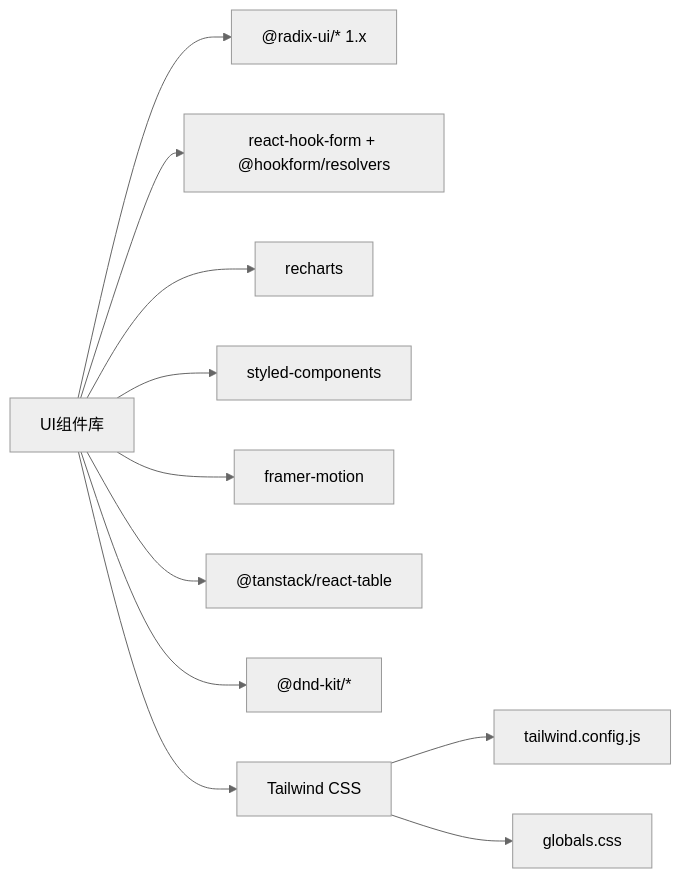
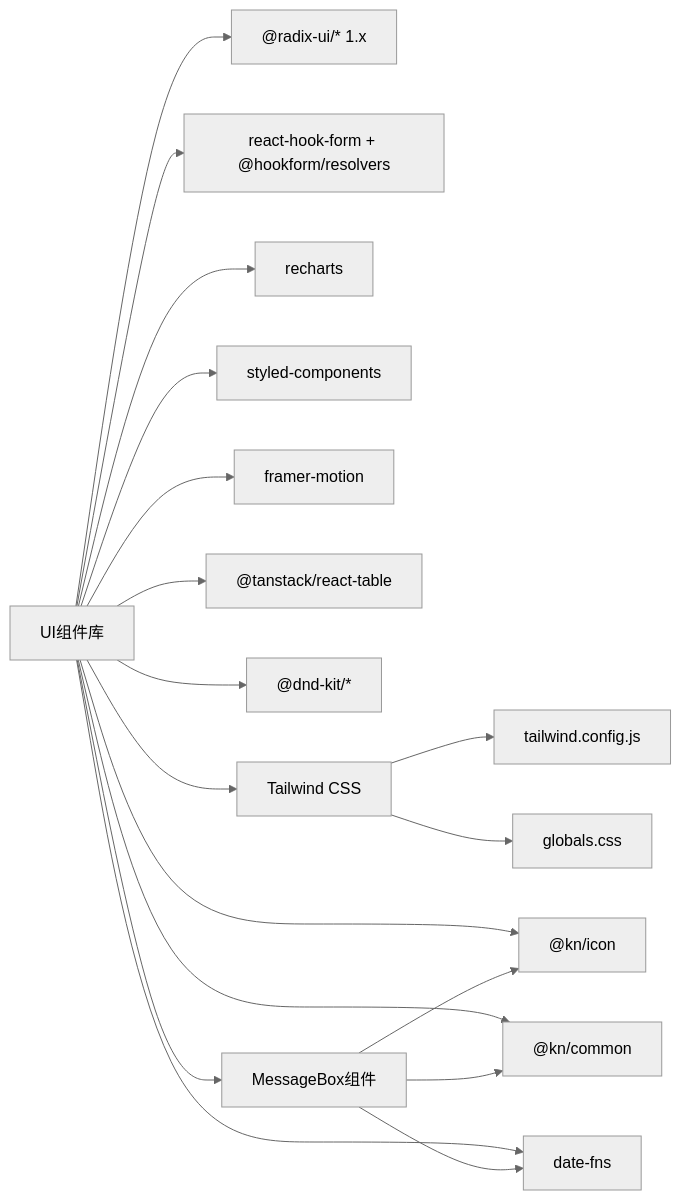
The tenth of 10 diagrams in .qoder/repowiki/zh/content/核心模块/UI组件库.md (LRF0422/Kotion), drawn with Mermaid (neutral theme) before and after one commit. The commit also changed other lines of this file and 19 other files, not shown here.

````diff
--- a/.qoder/repowiki/zh/content/核心模块/UI组件库.md
+++ b/.qoder/repowiki/zh/content/核心模块/UI组件库.md
@@ -543,13 +637,20 @@
 ```mermaid
 graph LR
 UI["UI组件库"] --> Radix["@radix-ui/* 1.x"]
 UI --> HookForm["react-hook-form + @hookform/resolvers"]
 UI --> Charts["recharts"]
 UI --> Styled["styled-components"]
 UI --> Motion["framer-motion"]
 UI --> Table["@tanstack/react-table"]
 UI --> DnDKit["@dnd-kit/*"]
 UI --> Tailwind["Tailwind CSS"]
+UI --> Icons["@kn/icon"]
+UI --> Common["@kn/common"]
+UI --> DateFns["date-fns"]
+UI --> MessageBox["MessageBox组件"]
+MessageBox --> Icons
+MessageBox --> Common
+MessageBox --> DateFns
 Tailwind --> TWConfig["tailwind.config.js"]
 Tailwind --> Globals["globals.css"]
 ```
````
